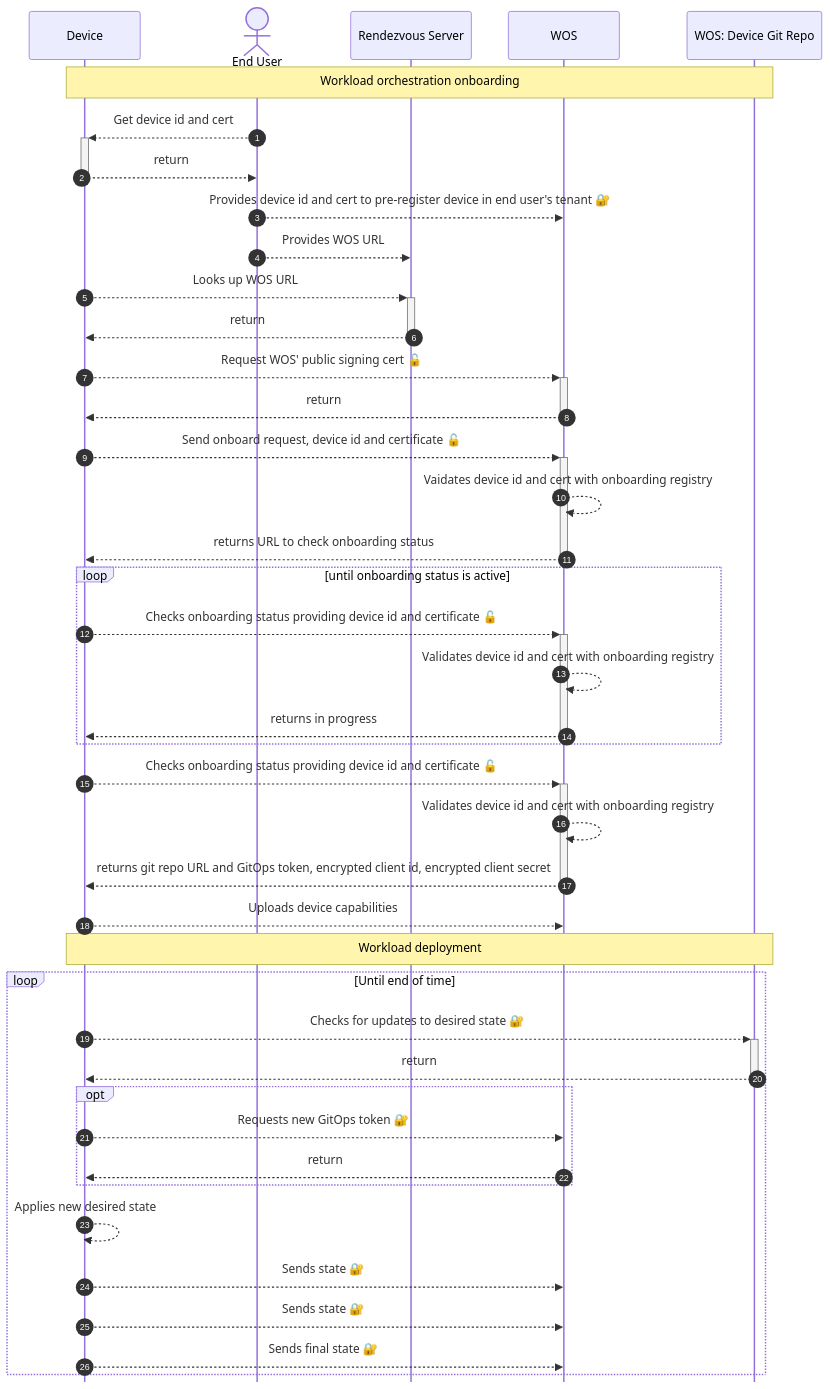
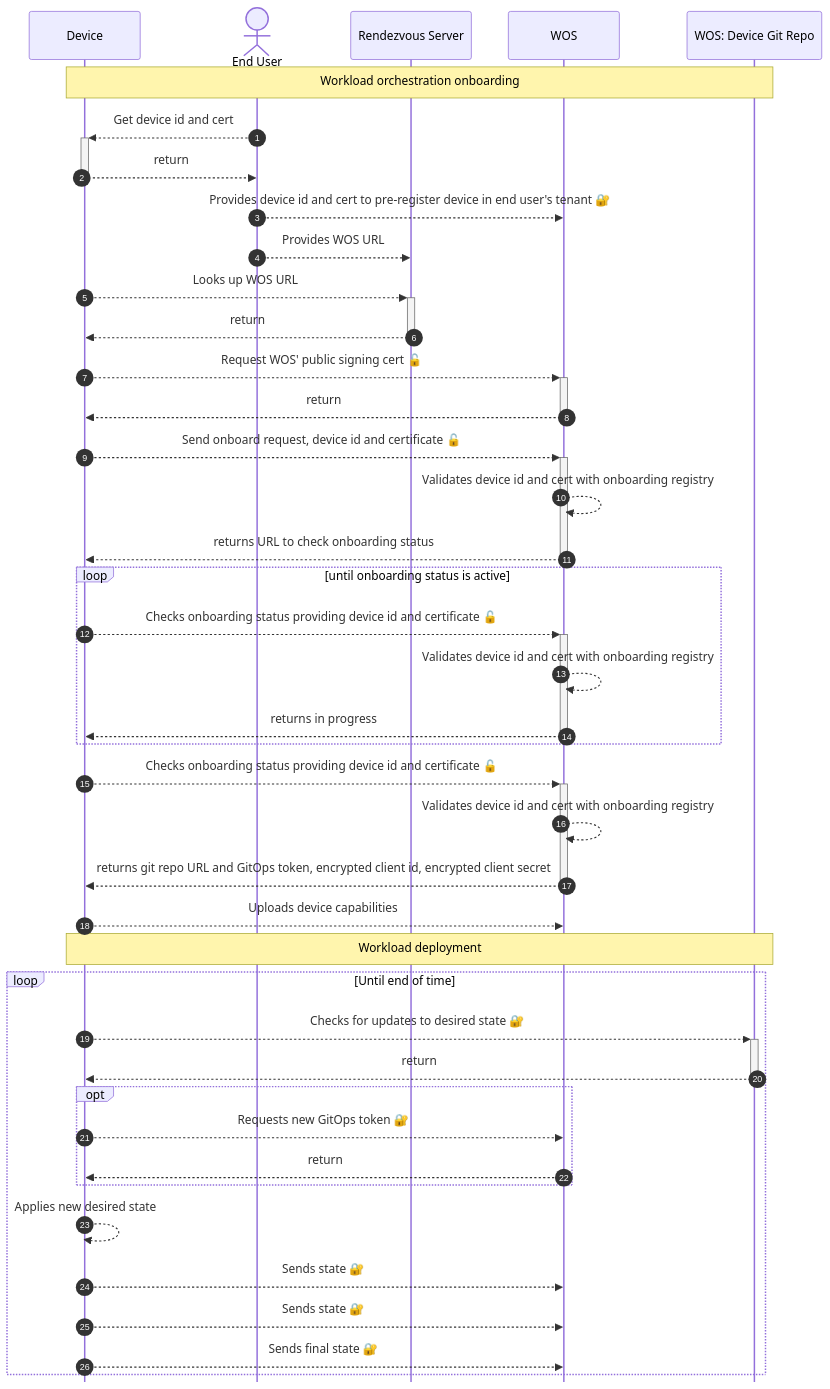
Before and after one commit to Silvanoc/margo-specification: the diagram in system-design/orchestration/workload/workload-orchestration-edge-onboarding.md, drawn with Mermaid.

````diff
--- a/system-design/orchestration/workload/workload-orchestration-edge-onboarding.md
+++ b/system-design/orchestration/workload/workload-orchestration-edge-onboarding.md
@@ -16,48 +16,48 @@
 ``` mermaid
 sequenceDiagram
     %%{init: {'sequence': {'mirrorActors': false}}}%%
     autonumber
     participant device as Device
     actor user as End User
     participant rendezvous as Rendezvous Server
     participant wos as WOS
     participant git as WOS: Device Git Repo   
     note over device, git: Workload orchestration onboarding
     user -->>+ device: Get device id and cert
     device -->>- user: return
     user -->> wos: Provides device id and cert to pre-register device in end user's tenant 🔐
      
     %%note over device, rendezvous: FIDO
     user -->> rendezvous: Provides WOS URL
     device -->>+ rendezvous: Looks up WOS URL
     rendezvous -->>- device: return
     device -->>+ wos: Request WOS' public signing cert 🔓
     wos -->>- device: return
     device -->>+ wos: Send onboard request, device id and certificate 🔓
-    wos -->> wos: Vaidates device id and cert with onboarding registry
+    wos -->> wos: Validates device id and cert with onboarding registry
     wos -->>- device: returns URL to check onboarding status
     
     loop until onboarding status is active   
         device -->>+ wos: Checks onboarding status providing device id and certificate 🔓
         wos -->> wos: Validates device id and cert with onboarding registry
         wos -->>- device: returns in progress
     end
     device -->>+ wos: Checks onboarding status providing device id and certificate 🔓
     wos -->> wos: Validates device id and cert with onboarding registry
     wos -->>- device: returns git repo URL and GitOps token, encrypted client id, encrypted client secret
     
     device -->> wos: Uploads device capabilities
     note over device, git: Workload deployment
     loop Until end of time
         device -->>+ git: Checks for updates to desired state 🔐
         git -->>- device: return
         opt
             device -->> wos: Requests new GitOps token 🔐
             wos -->> device: return
         end
         device -->> device: Applies new desired state
         device -->> wos: Sends state 🔐
         device -->> wos: Sends state 🔐
         device -->> wos: Sends final state 🔐
     end    
 ```
````
